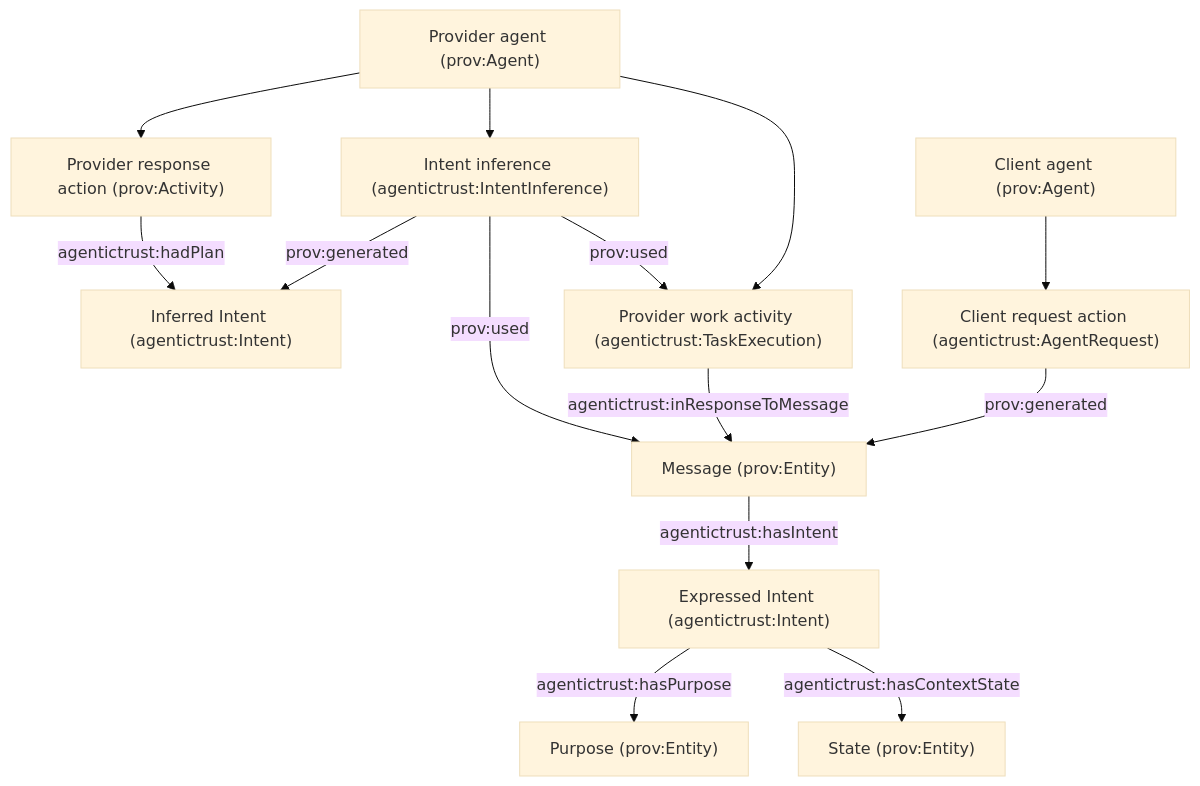
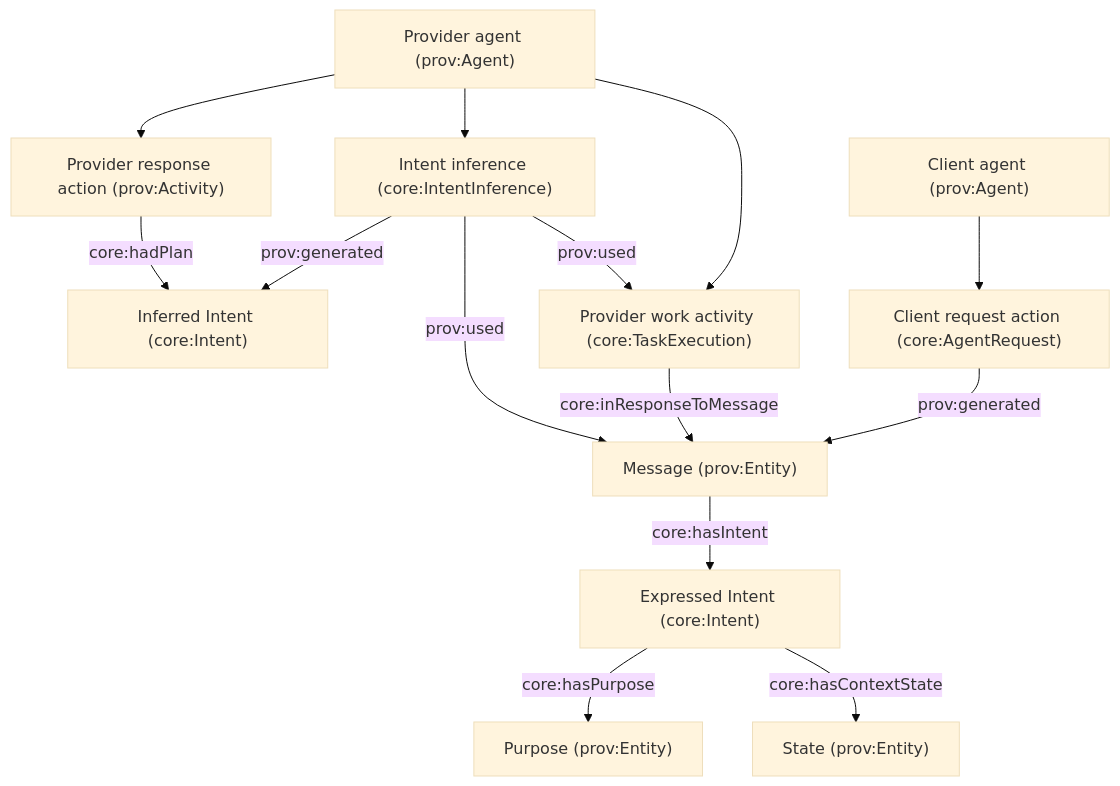
The sixth of 7 diagrams in docs/ontology/intent.md (Agentic-Trust-Layer/agent-explorer), drawn with Mermaid (base theme) before and after one commit. The commit also changed other lines of this file and 49 other files, not shown here.

````diff
--- a/docs/ontology/intent.md
+++ b/docs/ontology/intent.md
@@ -214,34 +214,34 @@
 ```mermaid
 graph TB
   Client["Client agent (prov:Agent)"]
   Provider["Provider agent (prov:Agent)"]
 
   Purpose["Purpose (prov:Entity)"]
   State["State (prov:Entity)"]
 
   Msg["Message (prov:Entity)"]
-  Expressed["Expressed Intent (agentictrust:Intent)"]
-  Inferred["Inferred Intent (agentictrust:Intent)"]
+  Expressed["Expressed Intent (core:Intent)"]
+  Inferred["Inferred Intent (core:Intent)"]
 
-  Req["Client request action (agentictrust:AgentRequest)"]
-  Work["Provider work activity (agentictrust:TaskExecution)"]
-  Infer["Intent inference (agentictrust:IntentInference)"]
+  Req["Client request action (core:AgentRequest)"]
+  Work["Provider work activity (core:TaskExecution)"]
+  Infer["Intent inference (core:IntentInference)"]
   Decide["Provider response action (prov:Activity)"]
 
   Client --> Req
   Req -->|prov:generated| Msg
-  Msg -->|agentictrust:hasIntent| Expressed
-  Expressed -->|agentictrust:hasPurpose| Purpose
-  Expressed -->|agentictrust:hasContextState| State
+  Msg -->|core:hasIntent| Expressed
+  Expressed -->|core:hasPurpose| Purpose
+  Expressed -->|core:hasContextState| State
 
   Provider --> Work
-  Work -->|agentictrust:inResponseToMessage| Msg
+  Work -->|core:inResponseToMessage| Msg
 
   Provider --> Infer
   Infer -->|prov:used| Msg
   Infer -->|prov:used| Work
   Infer -->|prov:generated| Inferred
 
   Provider --> Decide
-  Decide -->|agentictrust:hadPlan| Inferred
+  Decide -->|core:hadPlan| Inferred
 ```
````
